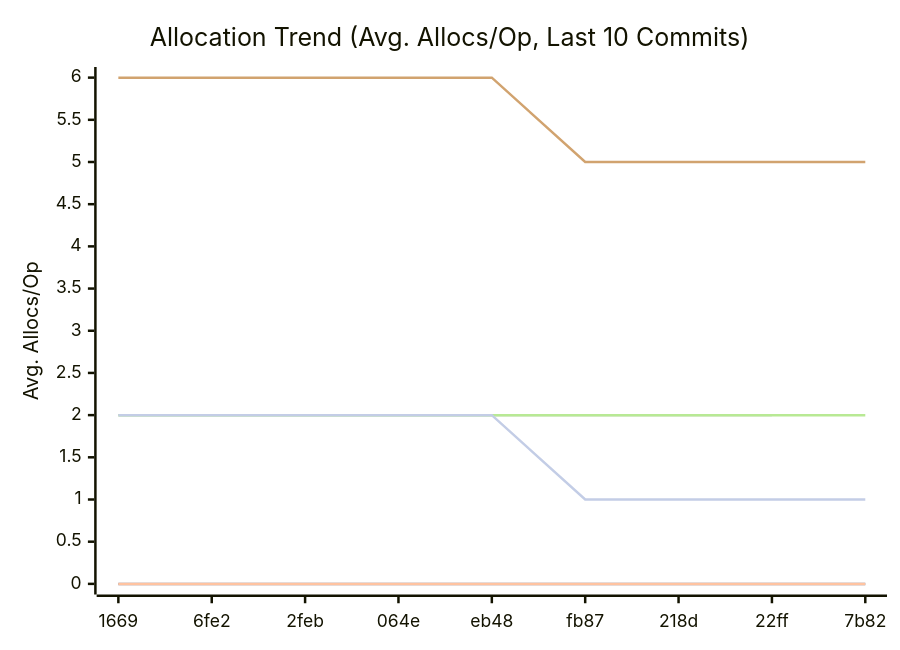
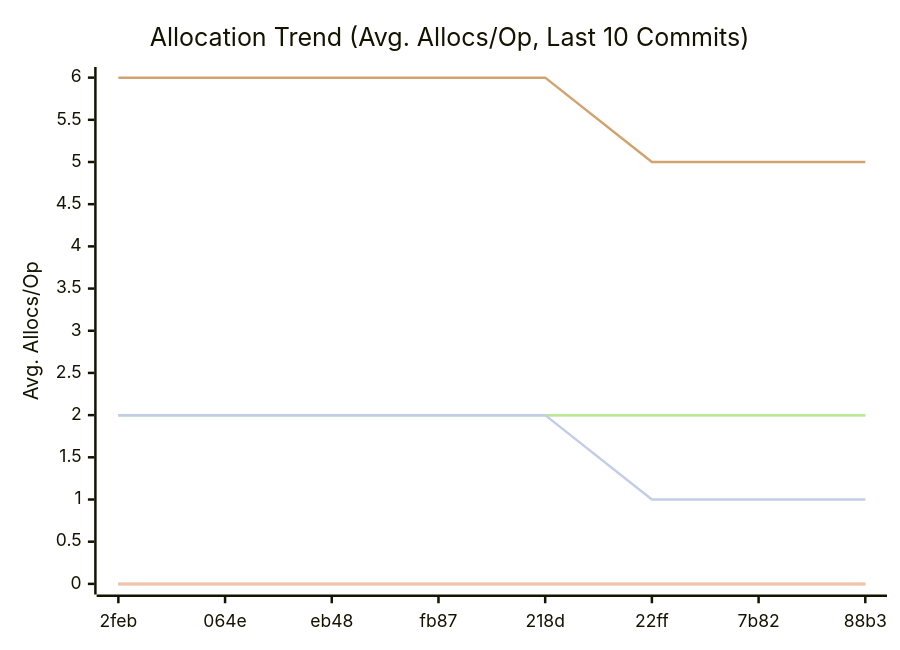
The third of 3 diagrams in doc/README.md (alsotoes/momo), drawn with Mermaid before and after one commit. The commit also changed other lines of this file and 1 other file, not shown here.

````diff
--- a/doc/README.md
+++ b/doc/README.md
@@ -326,14 +326,14 @@
 ```mermaid
 xychart-beta
     title "Allocation Trend (Avg. Allocs/Op, Last 10 Commits)"
     x-axis "Commit"
     y-axis "Avg. Allocs/Op"
-    x-axis [1669,6fe2,2feb,064e,eb48,fb87,218d,22ff,7b82]
+    x-axis [2feb,064e,eb48,fb87,218d,22ff,7b82,88b3]
     line "CheckMetricsAndSwap" [0,0,0,0,0,0,0,0,0,0]
     line "IndexDirectTracking" [0,0,0,0,0,0,0,0,0,0]
     line "IndexSearch" [0,0,0,0,0,0,0,0,0,0]
-    line "LoadGlobalConfig" [2,2,2,2,2,2,2,2]
+    line "LoadGlobalConfig" [2,2,2,2,2,2,2,2,2]
     line "PadString" [2,2,2,2,2,2,2,2,2,2]
     line "ParseReplicationOrder_NoPrealloc" [6,6,6,6,6,5,5,5,5,5]
     line "ParseReplicationOrder_Prealloc" [2,2,2,2,2,1,1,1,1,1]
 ```
````
